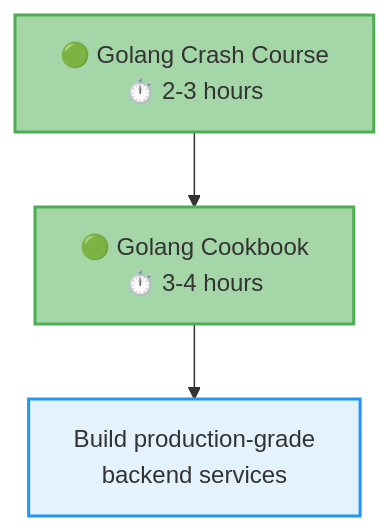
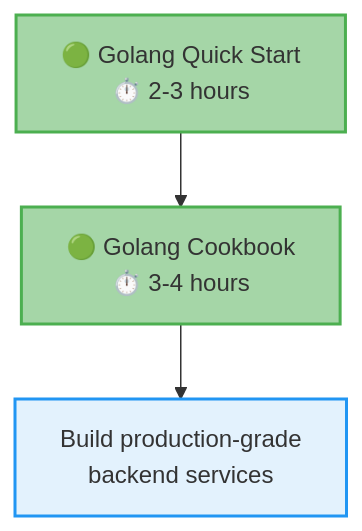
Before and after one commit to wahidyankf/open-sharia-enterprise: the fifth of 5 diagrams in docs/tutorials/README.md, drawn with Mermaid. The commit also changed other lines of this file and 2 other files, not shown here.

````diff
--- a/docs/tutorials/README.md
+++ b/docs/tutorials/README.md
@@ -174,12 +174,12 @@
 ```mermaid
 graph TB
-	A[🟢 Golang Crash Course<br/>⏱️ 2-3 hours]
+	A[🟢 Golang Quick Start<br/>⏱️ 2-3 hours]
 	B[🟢 Golang Cookbook<br/>⏱️ 3-4 hours]
 	C[Build production-grade<br/>backend services]
 
 	A --> B --> C
 
 	style A fill:#a5d6a7,stroke:#4caf50,stroke-width:2px
 	style B fill:#a5d6a7,stroke:#4caf50,stroke-width:2px
 	style C fill:#e3f2fd,stroke:#2196f3,stroke-width:2px
 ```
````
